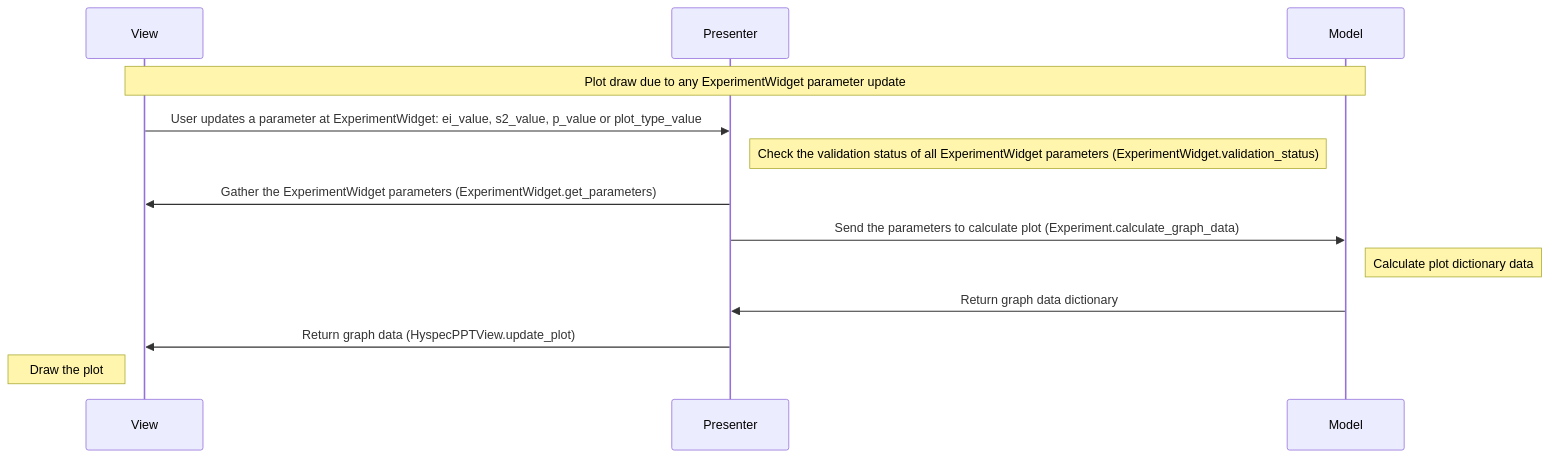
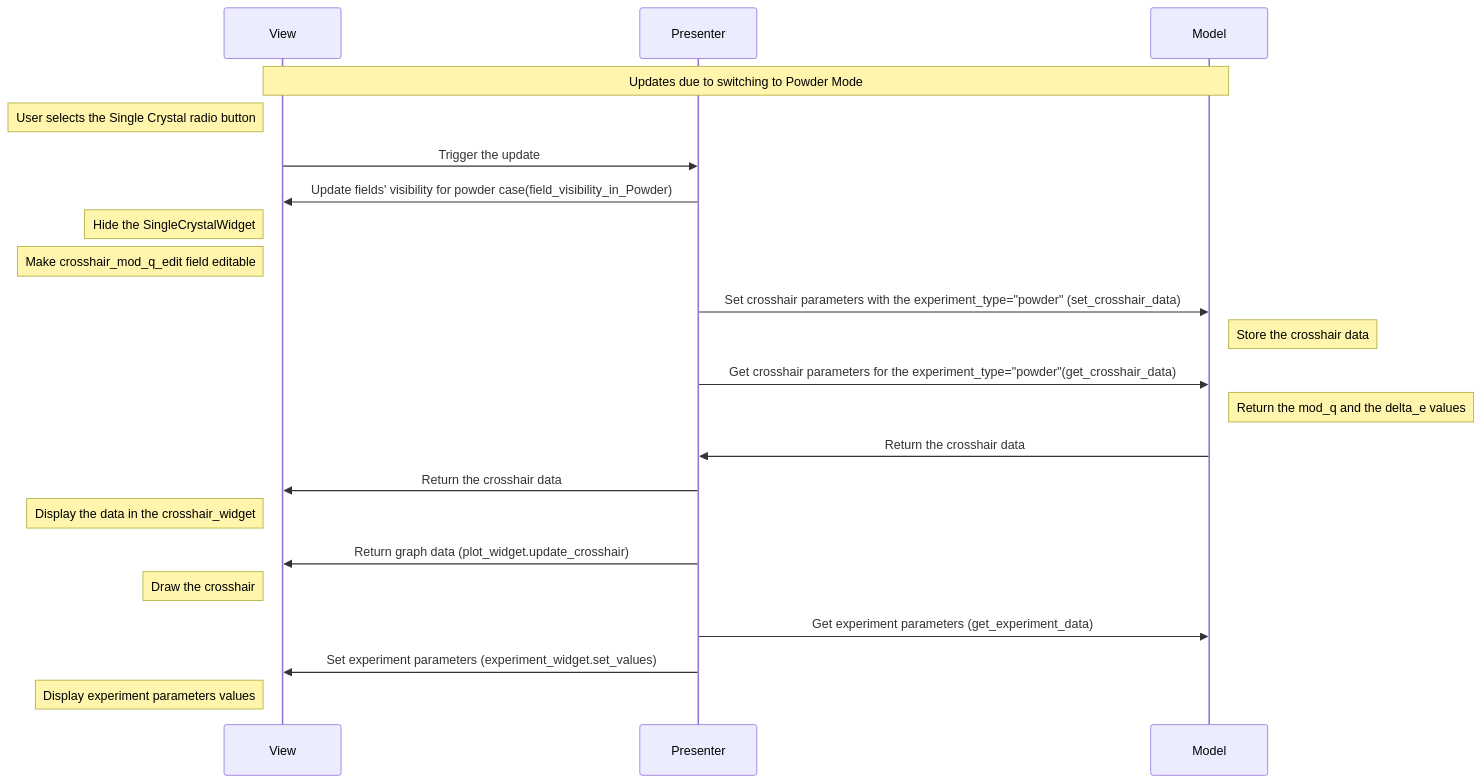
Before and after one commit to neutrons/hyspecppt: diagram 12 of 14 in docs/source/design/hyspecpptclasses.rst, drawn with Mermaid. The commit also changed other lines of this file, not shown here.

```diff
--- a/docs/source/design/hyspecpptclasses.rst
+++ b/docs/source/design/hyspecpptclasses.rst
@@ -363,16 +367,25 @@
-        .. mermaid::
+    .. mermaid::
 
-            sequenceDiagram
-                participant View
-                participant Presenter
-                participant Model
+        sequenceDiagram
+            participant View
+            participant Presenter
+            participant Model
 
-                Note over View,Model: Plot draw due to any ExperimentWidget parameter update
-                View->>Presenter: User updates a parameter at ExperimentWidget: ei_value, s2_value, p_value or plot_type_value
-                Note right of Presenter: Check the validation status of all ExperimentWidget parameters (ExperimentWidget.validation_status)
-                Presenter->>View: Gather the ExperimentWidget parameters (ExperimentWidget.get_parameters)
-                Presenter->>Model: Send the parameters to calculate plot (Experiment.calculate_graph_data)
-                Note right of Model: Calculate plot dictionary data
-                Model->>Presenter: Return graph data dictionary
-                Presenter->>View: Return graph data (HyspecPPTView.update_plot)
-                Note left of View: Draw the plot
+            Note over View,Model: Updates due to switching to Powder Mode
+            Note left of View: User selects the Single Crystal radio button
+            View->>Presenter: Trigger the update
+            Presenter->>View: Update fields' visibility for powder case(field_visibility_in_Powder)
+            Note left of View: Hide the SingleCrystalWidget
+            Note left of View: Make crosshair_mod_q_edit field editable
+            Presenter->>Model: Set crosshair parameters with the experiment_type="powder" (set_crosshair_data)
+            Note right of Model: Store the crosshair data
+            Presenter->>Model: Get crosshair parameters for the experiment_type="powder"(get_crosshair_data)
+            Note right of Model:  Return the mod_q and the delta_e values
+            Model->>Presenter: Return the crosshair data
+            Presenter->>View: Return the crosshair data
+            Note left of View: Display the data in the crosshair_widget
+            Presenter->>View: Return graph data (plot_widget.update_crosshair)
+            Note left of View: Draw the crosshair
+            Presenter->>Model: Get experiment parameters (get_experiment_data)
+            Presenter->>View: Set experiment parameters (experiment_widget.set_values)
+            Note left of View: Display experiment parameters values
```
